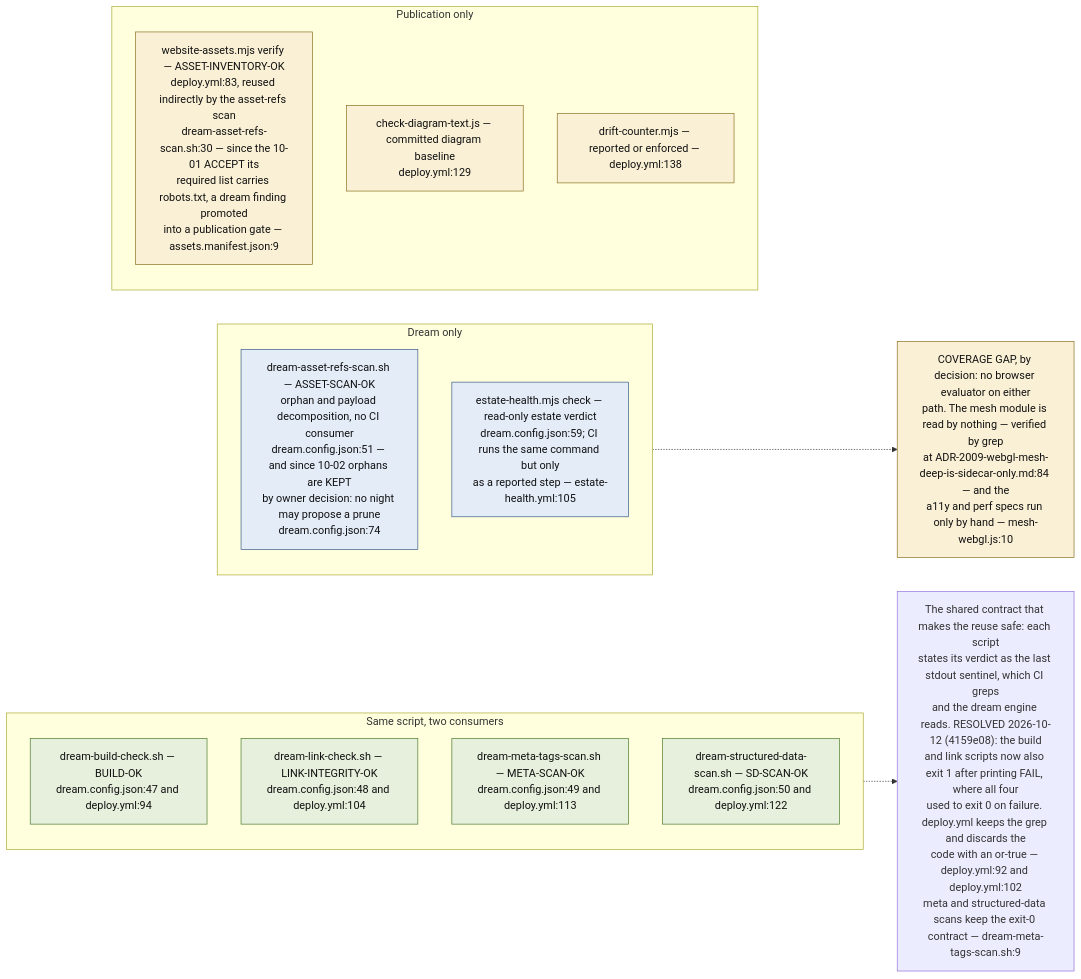
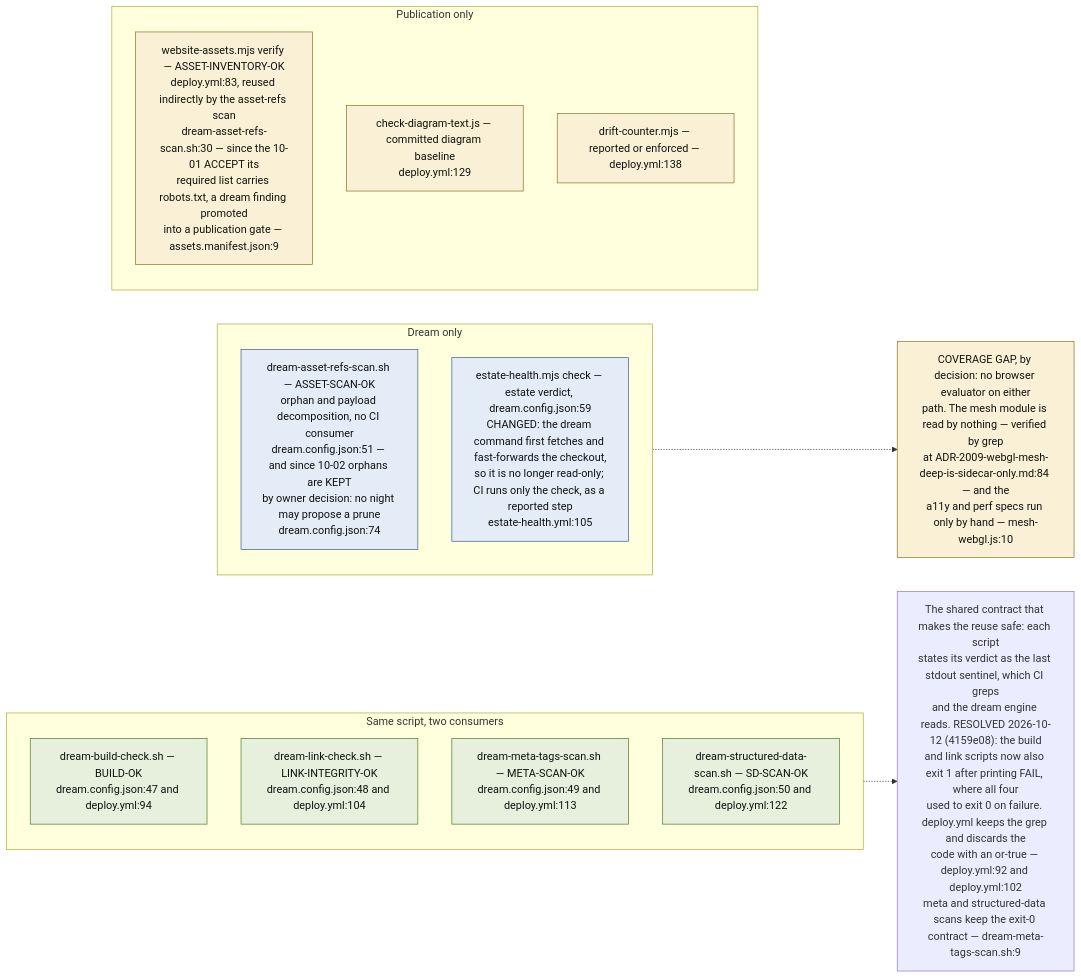
One commit to DreamLab-AI/VisionFlow changed the ninth of 9 diagrams in docs/diagrams/visionflow/04-dream-cycle-integration.md. Above: the diagram before and after it, drawn with Mermaid. The commit also changed other lines of this file and 7 other files, not shown here.

````diff
--- a/docs/diagrams/visionflow/04-dream-cycle-integration.md
+++ b/docs/diagrams/visionflow/04-dream-cycle-integration.md
@@ -294,30 +294,30 @@
 ```mermaid
 flowchart LR
     classDef sh fill:#e6f0dc,stroke:#4a7a2a,color:#111
     classDef only fill:#e4ecf8,stroke:#3a5a8a,color:#111
     classDef gap fill:#f9f0d5,stroke:#8a7020,color:#111
 
     subgraph SHARED["Same script, two consumers"]
         S1["dream-build-check.sh — BUILD-OK<br/>dream.config.json:47 and deploy.yml:94"]:::sh
         S2["dream-link-check.sh — LINK-INTEGRITY-OK<br/>dream.config.json:48 and deploy.yml:104"]:::sh
         S3["dream-meta-tags-scan.sh — META-SCAN-OK<br/>dream.config.json:49 and deploy.yml:113"]:::sh
         S4["dream-structured-data-scan.sh — SD-SCAN-OK<br/>dream.config.json:50 and deploy.yml:122"]:::sh
     end
 
     subgraph DREAMONLY["Dream only"]
         D1["dream-asset-refs-scan.sh — ASSET-SCAN-OK<br/>orphan and payload decomposition, no CI consumer<br/>dream.config.json:51 — and since 10-02 orphans are KEPT<br/>by owner decision: no night may propose a prune<br/>dream.config.json:74"]:::only
-        D2["estate-health.mjs check — read-only estate verdict<br/>dream.config.json:59; CI runs the same command but only<br/>as a reported step — estate-health.yml:105"]:::only
+        D2["estate-health.mjs check — estate verdict, dream.config.json:59<br/>CHANGED: the dream command first fetches and fast-forwards the checkout,<br/>so it is no longer read-only; CI runs only the check, as a reported step<br/>estate-health.yml:105"]:::only
     end
 
     subgraph CIONLY["Publication only"]
         C1["website-assets.mjs verify — ASSET-INVENTORY-OK<br/>deploy.yml:83, reused indirectly by the asset-refs scan<br/>dream-asset-refs-scan.sh:30 — since the 10-01 ACCEPT its<br/>required list carries robots.txt, a dream finding promoted<br/>into a publication gate — assets.manifest.json:9"]:::gap
         C2["check-diagram-text.js — committed diagram baseline<br/>deploy.yml:129"]:::gap
         C3["drift-counter.mjs — reported or enforced — deploy.yml:138"]:::gap
     end
 
     SENT["The shared contract that makes the reuse safe: each script<br/>states its verdict as the last stdout sentinel, which CI greps<br/>and the dream engine reads. RESOLVED 2026-10-12 (4159e08): the build<br/>and link scripts now also exit 1 after printing FAIL, where all four<br/>used to exit 0 on failure. deploy.yml keeps the grep and discards the<br/>code with an or-true — deploy.yml:92 and deploy.yml:102<br/>meta and structured-data scans keep the exit-0 contract — dream-meta-tags-scan.sh:9"]
     SHARED -.-> SENT
 
     NOBROWSER["COVERAGE GAP, by decision: no browser evaluator on either<br/>path. The mesh module is read by nothing — verified by grep<br/>at ADR-2009-webgl-mesh-deep-is-sidecar-only.md:84 — and the<br/>a11y and perf specs run only by hand — mesh-webgl.js:10"]:::gap
     DREAMONLY -.-> NOBROWSER
 ```
````
